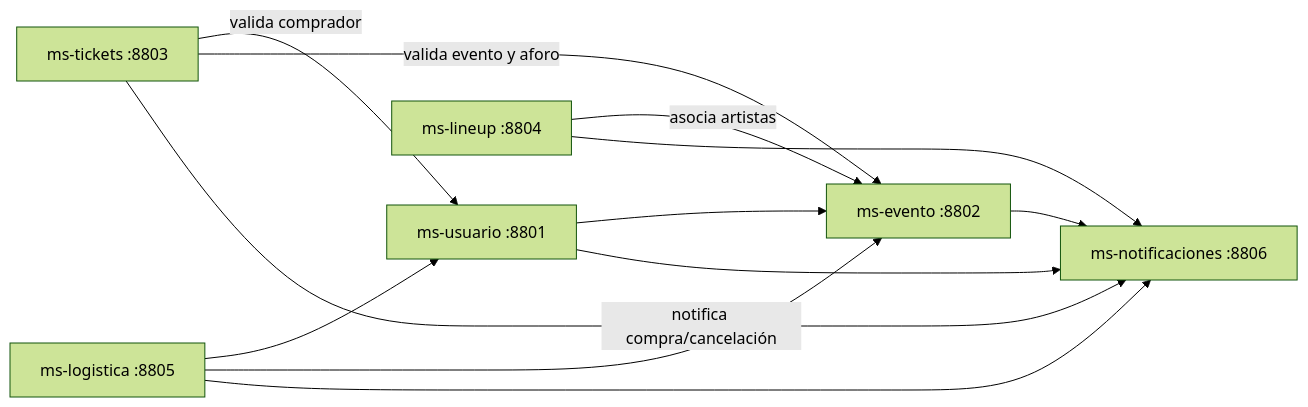
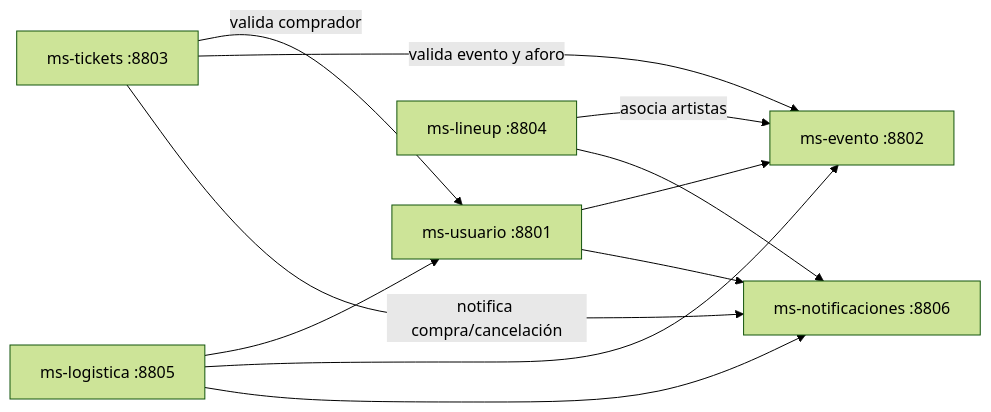
One commit to KevinYulianG/Festival-microservicios changed the diagram in README.md. Above: the diagram before and after it, drawn with Mermaid (forest theme). The commit also changed other lines of this file, not shown here.

````diff
--- a/README.md
+++ b/README.md
@@ -38,21 +38,20 @@
 ```mermaid
 flowchart LR
     U[ms-usuario :8801]
     E[ms-evento :8802]
     T[ms-tickets :8803]
     L[ms-lineup :8804]
     G[ms-logistica :8805]
     N[ms-notificaciones :8806]
 
     T -->|valida comprador| U
     T -->|valida evento y aforo| E
     T -->|notifica compra/cancelación| N
     L -->|asocia artistas| E
     L --> N
     G --> U
     G --> E
     G --> N
     U --> E
     U --> N
-    E --> N
 ```
````
